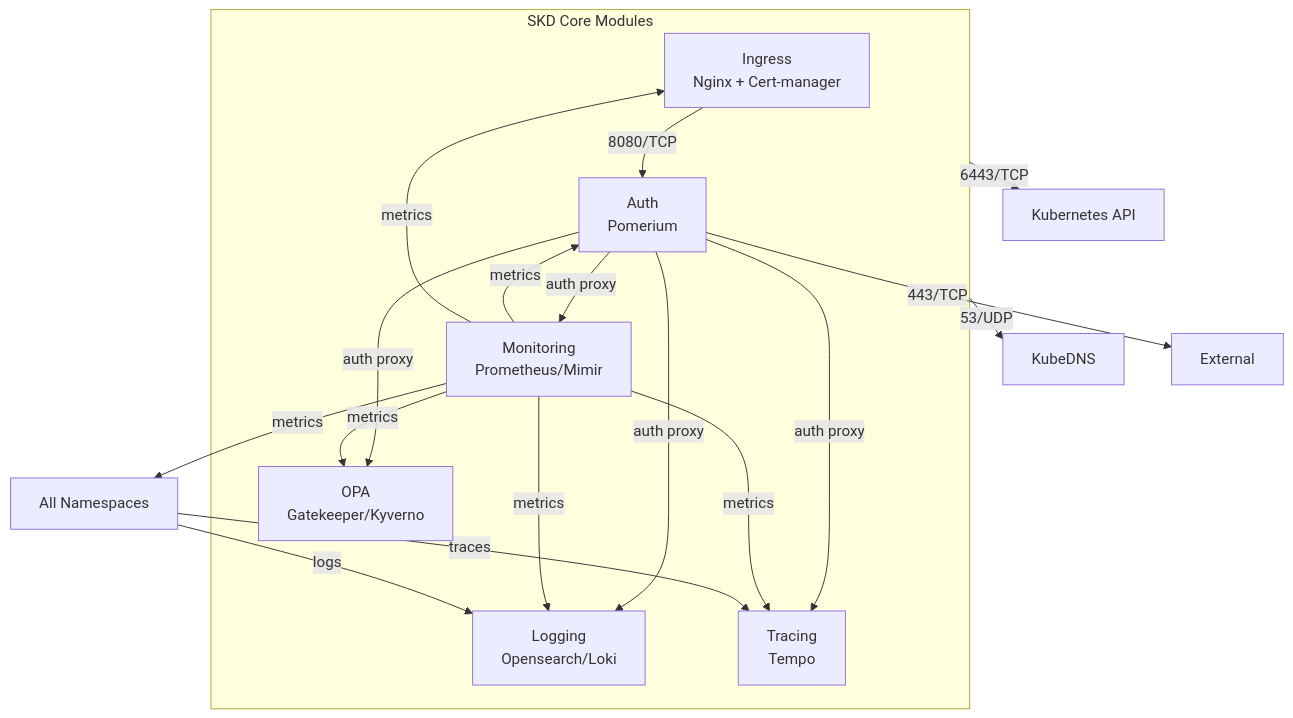
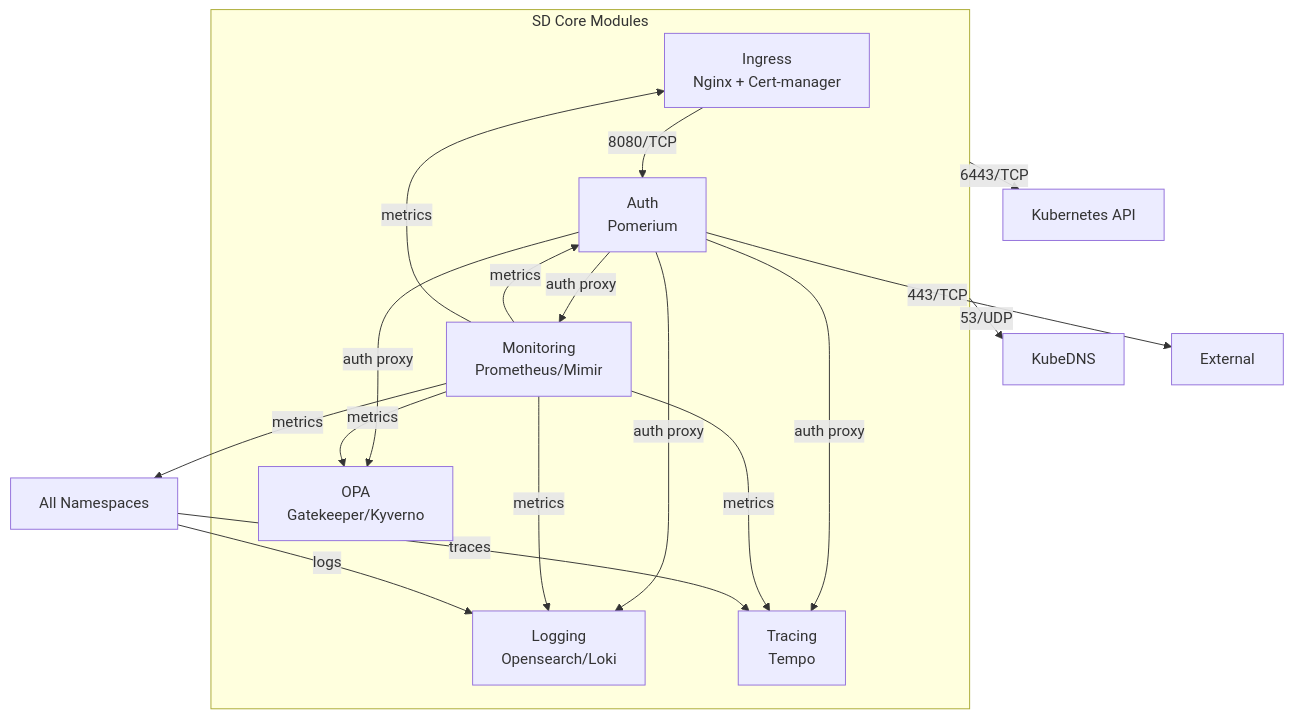
The diagram in docs/network-policies/overview.md (sighupio/fury-distribution), drawn with Mermaid before and after one commit. The commit also changed other lines of this file and 68 other files, not shown here.

````diff
--- a/docs/network-policies/overview.md
+++ b/docs/network-policies/overview.md
@@ -3,34 +3,34 @@
 ```mermaid
 graph TD
-    subgraph kfd[SKD Core Modules]
+    subgraph kfd[SD Core Modules]
         ingress[Ingress<br/>Nginx + Cert-manager]
         auth[Auth<br/>Pomerium]
         mon[Monitoring<br/>Prometheus/Mimir]
         log[Logging<br/>Opensearch/Loki]
         tracing[Tracing<br/>Tempo]
         opa[OPA<br/>Gatekeeper/Kyverno]
     end
 
     %% K8s Core Components
     dns[KubeDNS]
     api[Kubernetes API]
     ext[External]
 
     %% Edges
     kfd --->|"53/UDP"| dns
     kfd -->|"6443/TCP"| api
     ingress -->|"8080/TCP"| auth
     auth -->|"auth proxy"| mon & log & tracing & opa
     auth -->|"443/TCP"| ext
     mon -->|"metrics"| all
     mon -->|"metrics"| auth
     mon -->|"metrics"| ingress
     mon -->|"metrics"| log
     mon -->|"metrics"| tracing
     mon -->|"metrics"| opa
     all[All Namespaces] -->|"logs"| log
     all -->|"traces"| tracing
 
 
 
 ```
````
